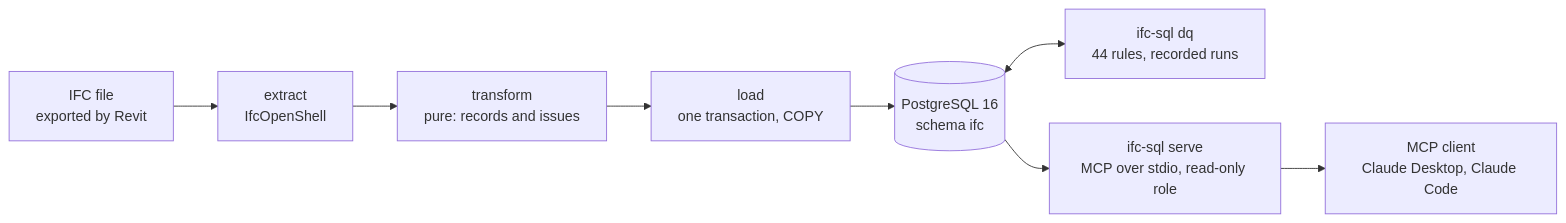
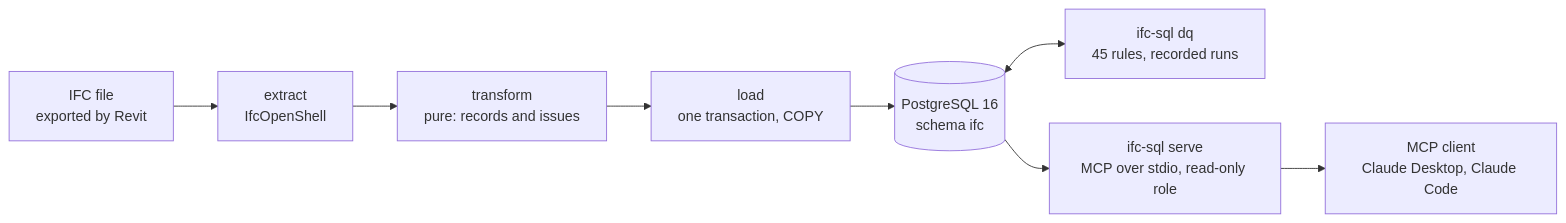
Before and after one commit to gewoonkees132/Ifc_Sql_Mcp: the diagram in README.md, drawn with Mermaid. The commit also changed other lines of this file and 26 other files, not shown here.

````diff
--- a/README.md
+++ b/README.md
@@ -10,10 +10,10 @@
 ```mermaid
 flowchart LR
     ifc["IFC file<br/>exported by Revit"] --> extract["extract<br/>IfcOpenShell"]
     extract --> transform["transform<br/>pure: records and issues"]
     transform --> load["load<br/>one transaction, COPY"]
     load --> db[("PostgreSQL 16<br/>schema ifc")]
-    db <--> dq["ifc-sql dq<br/>44 rules, recorded runs"]
+    db <--> dq["ifc-sql dq<br/>45 rules, recorded runs"]
     db --> mcp["ifc-sql serve<br/>MCP over stdio, read-only role"]
     mcp --> llm["MCP client<br/>Claude Desktop, Claude Code"]
 ```
````
